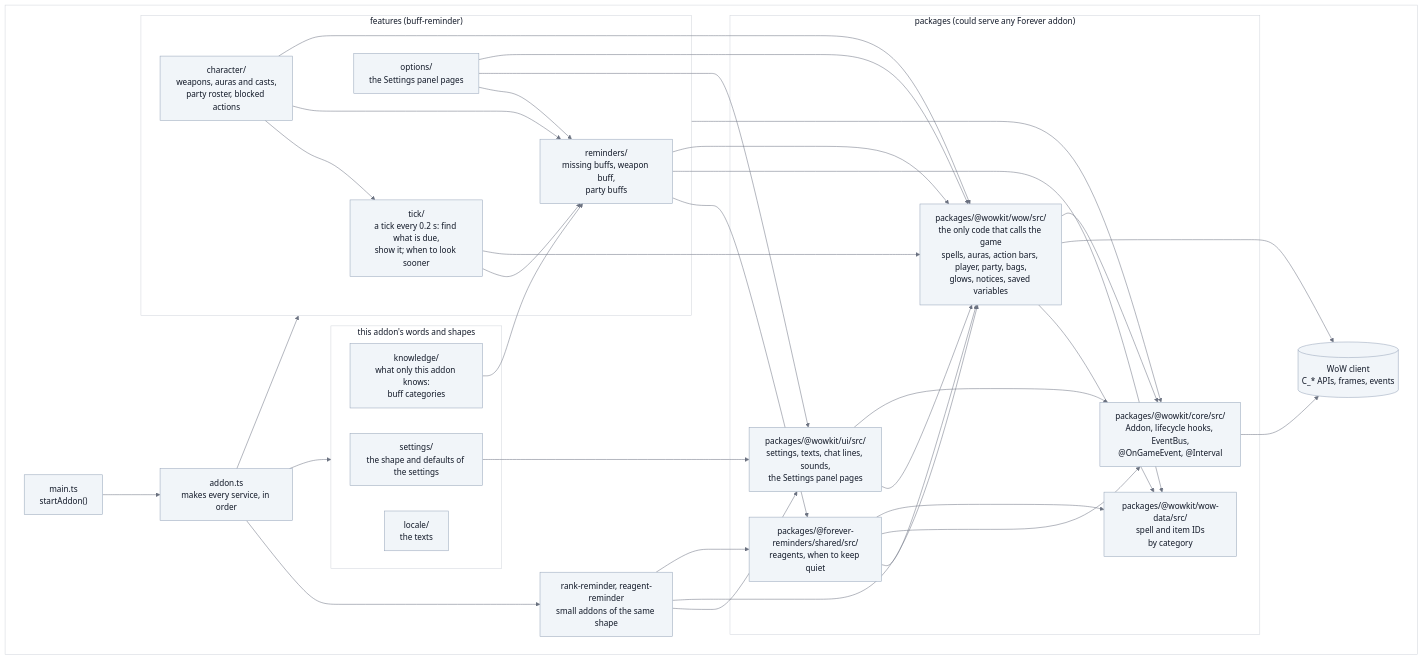
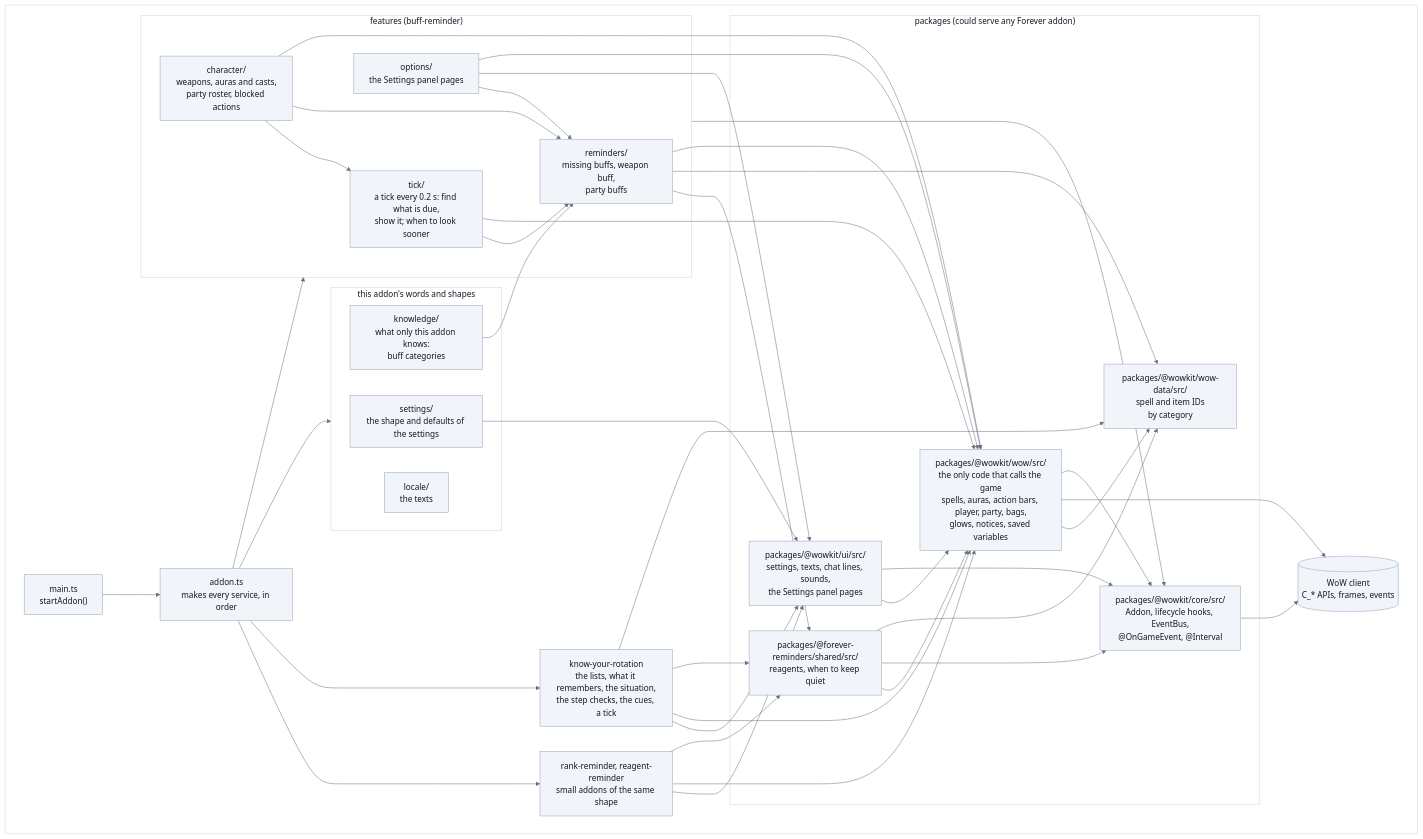
Before and after one commit to vattiss/wowkit: the third of 9 diagrams in docs/architecture.md, drawn with Mermaid. The commit also changed 85 other files, not shown here.

First line of the commit message:
feat(know-your-rotation): rewrite the rotation helper on the packages of this repository

````diff
--- a/docs/architecture.md
+++ b/docs/architecture.md
@@ -113,65 +113,71 @@
 ```mermaid
 %%{init: {"theme":"base","themeVariables":{"background":"#ffffff","lineColor":"#6b7280","textColor":"#111827","primaryColor":"#f1f5f9","primaryTextColor":"#111827","primaryBorderColor":"#94a3b8","secondaryColor":"#e2e8f0","tertiaryColor":"#ffffff","mainBkg":"#f1f5f9","nodeBorder":"#94a3b8","nodeTextColor":"#111827","titleColor":"#111827","edgeLabelBackground":"#ffffff","labelBackground":"#ffffff","labelTextColor":"#111827","clusterBkg":"#ffffff","clusterBorder":"#d1d5db","classText":"#111827","actorBkg":"#f1f5f9","actorTextColor":"#111827","actorBorder":"#94a3b8","actorLineColor":"#6b7280","signalColor":"#374151","signalTextColor":"#111827","noteBkgColor":"#fef9c3","noteTextColor":"#111827","noteBorderColor":"#ca8a04"}}}%%
 flowchart TB
     classDef default fill:#f1f5f9,stroke:#94a3b8,color:#111827
     subgraph PANEL[" "]
         main["main.ts<br/>startAddon()"] --> wiring["addon.ts<br/>makes every service, in order"]
 
         subgraph words["this addon's words and shapes"]
             settings["settings/<br/>the shape and defaults of the settings"]
             locale["locale/<br/>the texts"]
             knowledge["knowledge/<br/>what only this addon knows:<br/>buff categories"]
         end
 
         subgraph features["features (buff-reminder)"]
             tick["tick/<br/>a tick every 0.2 s: find what is due,<br/>show it; when to look sooner"]
             character["character/<br/>weapons, auras and casts,<br/>party roster, blocked actions"]
             options["options/<br/>the Settings panel pages"]
             reminders["reminders/<br/>missing buffs, weapon buff,<br/>party buffs"]
         end
 
         others["rank-reminder, reagent-reminder<br/>small addons of the same shape"]
+        rotation["know-your-rotation<br/>the lists, what it remembers, the situation,<br/>the step checks, the cues, a tick"]
 
         subgraph toolkit["packages (could serve any Forever addon)"]
             ui["packages/@wowkit/ui/src/<br/>settings, texts, chat lines, sounds,<br/>the Settings panel pages"]
             wow["packages/@wowkit/wow/src/<br/>the only code that calls the game<br/>spells, auras, action bars, player, party, bags,<br/>glows, notices, saved variables"]
             shared["packages/@forever-reminders/shared/src/<br/>reagents, when to keep quiet"]
             wowdata["packages/@wowkit/wow-data/src/<br/>spell and item IDs<br/>by category"]
             core["packages/@wowkit/core/src/<br/>Addon, lifecycle hooks, EventBus,<br/>@OnGameEvent, @Interval"]
         end
 
         game[("WoW client<br/>C_* APIs, frames, events")]
 
         wiring --> words
         wiring --> features
         wiring --> others
+        wiring --> rotation
         others --> ui
         others --> wow
         others --> shared
+        rotation --> ui
+        rotation --> wow
+        rotation --> shared
+        rotation --> wowdata
         reminders --> shared
         shared --> wow
         shared --> core
         shared --> wowdata
         wow --> wowdata
         reminders --> wowdata
         tick --> reminders
         tick --> wow
         character --> tick
         character --> reminders
         character --> wow
         options --> reminders
         options --> ui
         options --> wow
         knowledge --> reminders
         reminders --> wow
         settings --> ui
         ui --> wow
         wow --> game
         wow --> core
         ui --> core
         core --> game
         features --> core
     end
     classDef panel fill:#ffffff,stroke:#d1d5db,color:#111827
     class PANEL panel
 ```
````
